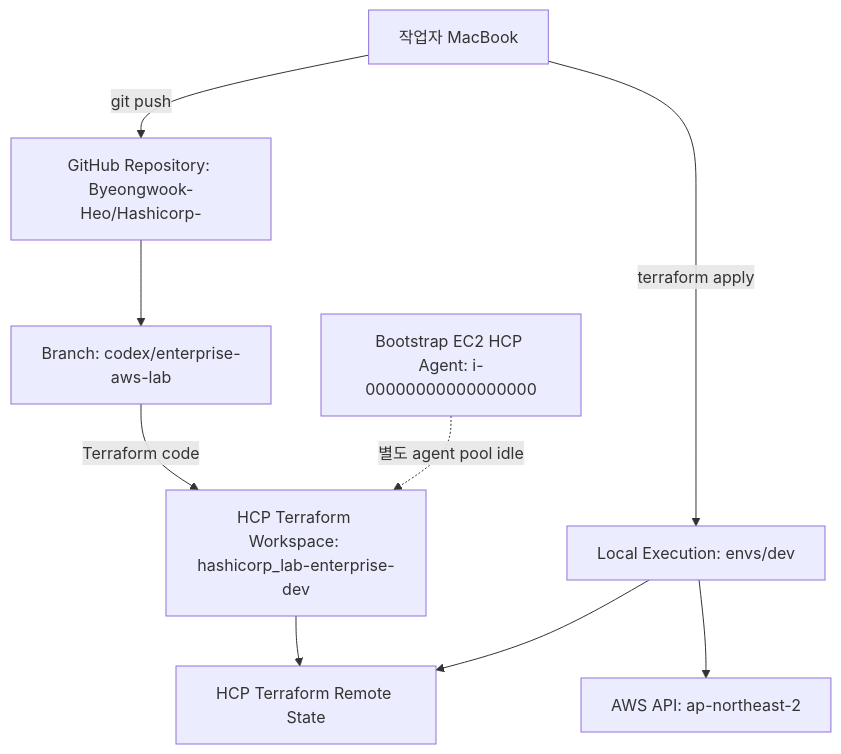
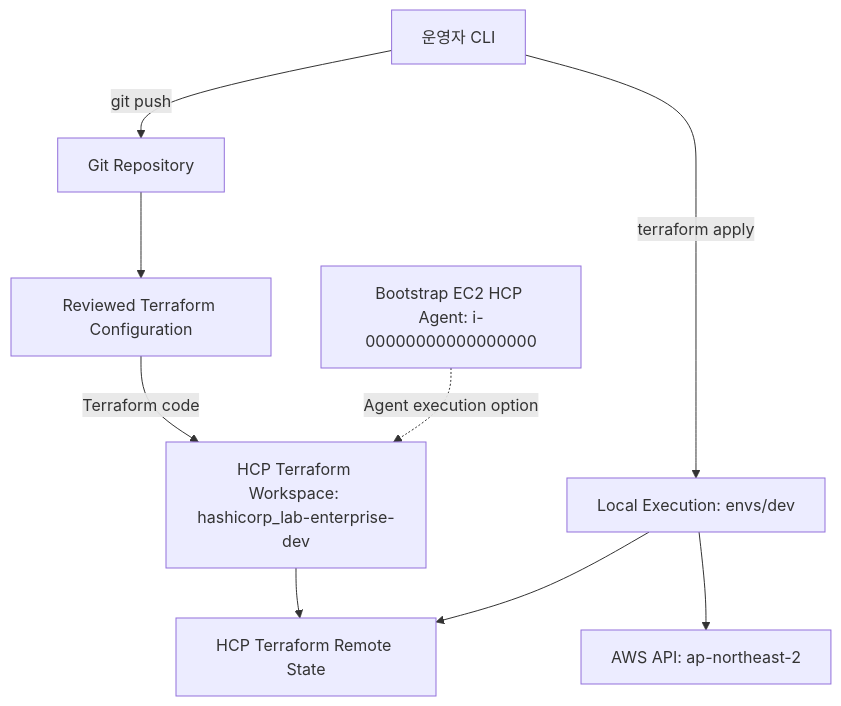
One commit to Byeongwook-Heo/Hashicorp- changed the first of 6 diagrams in docs/architecture.md. Above: the diagram before and after it, drawn with Mermaid. The commit also changed other lines of this file and 12 other files, not shown here.

````diff
--- a/docs/architecture.md
+++ b/docs/architecture.md
@@ -9,20 +9,20 @@
 ```mermaid
 flowchart TB
-  DEV["작업자 MacBook"]
-  GH["GitHub Repository: Byeongwook-Heo/Hashicorp-"]
-  BR["Branch: codex/enterprise-aws-lab"]
+  DEV["운영자 CLI"]
+  GH["Git Repository"]
+  BR["Reviewed Terraform Configuration"]
   HCP["HCP Terraform Workspace: hashicorp_lab-enterprise-dev"]
   STATE["HCP Terraform Remote State"]
   LOCAL["Local Execution: envs/dev"]
   AWSAPI["AWS API: ap-northeast-2"]
   AGENT["Bootstrap EC2 HCP Agent: i-00000000000000000"]
 
   DEV -->|"git push"| GH
   GH --> BR
   BR -->|"Terraform code"| HCP
   HCP --> STATE
   DEV -->|"terraform apply"| LOCAL
   LOCAL --> STATE
   LOCAL --> AWSAPI
-  AGENT -. "별도 agent pool idle" .-> HCP
+  AGENT -. "Agent execution option" .-> HCP
 ```
````
